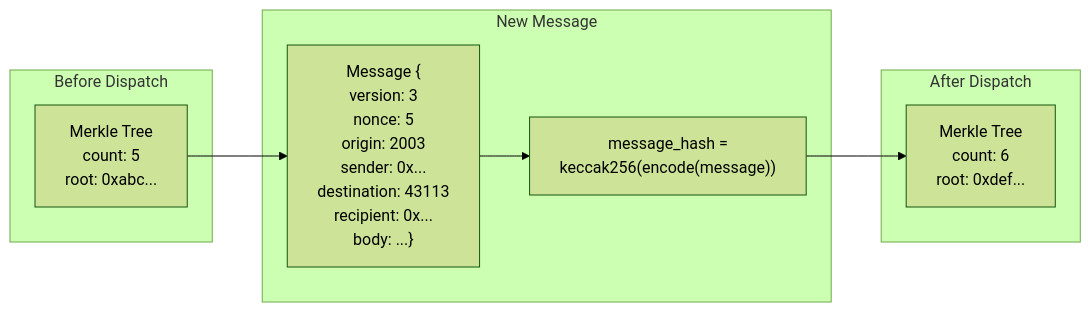
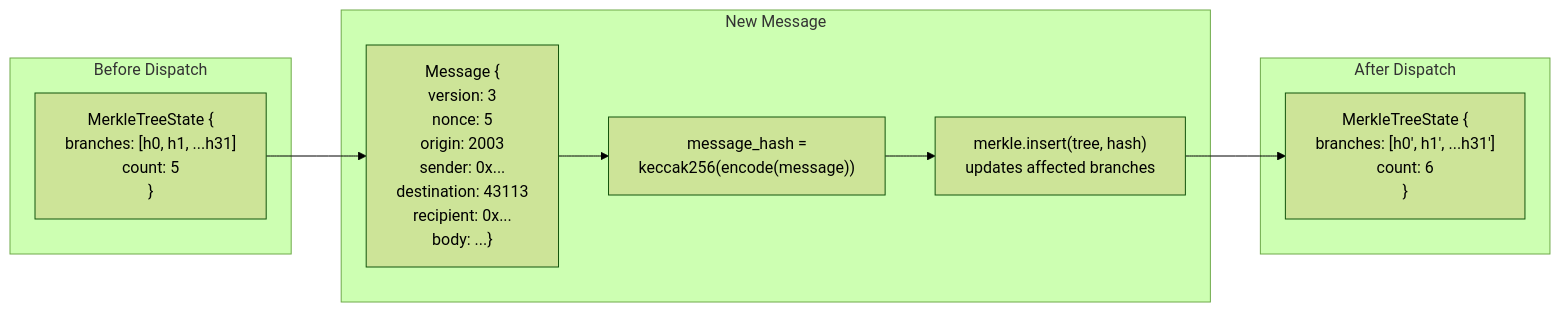
The sixth of 14 diagrams in cardano/docs/DESIGN.md (eigerco/hyperlane-monorepo), drawn with Mermaid (forest theme) before and after one commit. The commit also changed other lines of this file and 12 other files, not shown here.

First line of the commit message:
feat(cardano): store full merkle tree branches in mailbox datum

````diff
--- a/cardano/docs/DESIGN.md
+++ b/cardano/docs/DESIGN.md
@@ -244,19 +246,21 @@
 ```mermaid
 flowchart LR
     subgraph Before["Before Dispatch"]
-        T1["Merkle Tree<br/>count: 5<br/>root: 0xabc..."]
+        T1["MerkleTreeState {<br/>branches: [h0, h1, ...h31]<br/>count: 5<br/>}"]
     end
 
     subgraph Message["New Message"]
         MSG["Message {<br/>version: 3<br/>nonce: 5<br/>origin: 2003<br/>sender: 0x...<br/>destination: 43113<br/>recipient: 0x...<br/>body: ...}"]
         HASH["message_hash =<br/>keccak256(encode(message))"]
+        INSERT["merkle.insert(tree, hash)<br/>updates affected branches"]
     end
 
     subgraph After["After Dispatch"]
-        T2["Merkle Tree<br/>count: 6<br/>root: 0xdef..."]
+        T2["MerkleTreeState {<br/>branches: [h0', h1', ...h31']<br/>count: 6<br/>}"]
     end
 
     T1 --> MSG
     MSG --> HASH
-    HASH --> T2
+    HASH --> INSERT
+    INSERT --> T2
 ```
````
